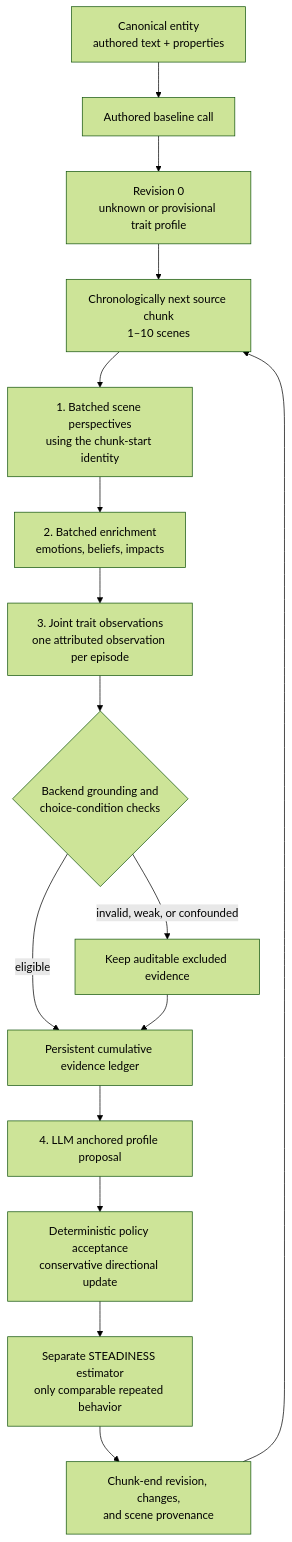
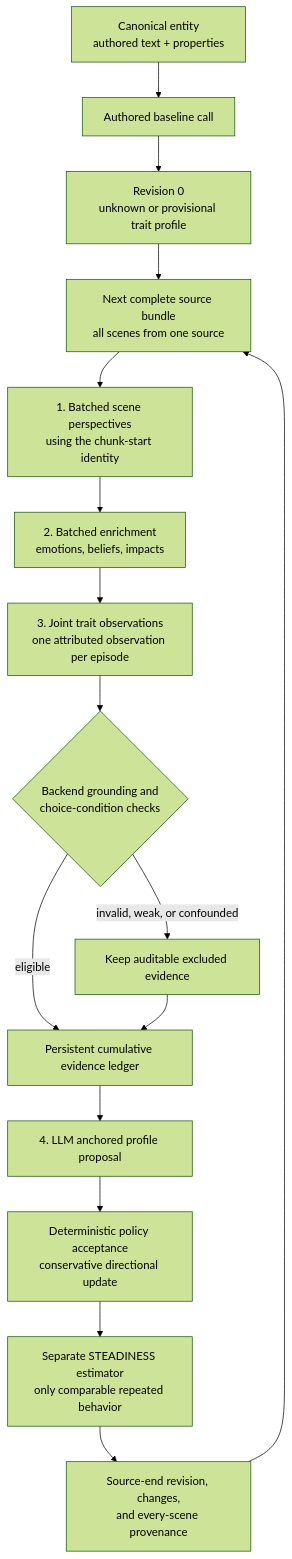
One commit to pablovin/Shrecknet changed the first of 2 diagrams in Documentation/Agents/CharacterAgent/Dispositional Traits.md. Above: the diagram before and after it, drawn with Mermaid (forest theme). The commit also changed other lines of this file and 15 other files, not shown here.

Commit message:
fix: update the bundle scene discovery on the character agent

````diff
--- a/Documentation/Agents/CharacterAgent/Dispositional Traits.md
+++ b/Documentation/Agents/CharacterAgent/Dispositional Traits.md
@@ -126,18 +129,18 @@
 ```mermaid
 flowchart TD
     A[Canonical entity\nauthored text + properties] --> B[Authored baseline call]
     B --> C[Revision 0\nunknown or provisional trait profile]
-    C --> D[Chronologically next source chunk\n1–10 scenes]
+    C --> D[Next complete source bundle\nall scenes from one source]
     D --> E[1. Batched scene perspectives\nusing the chunk-start identity]
     E --> F[2. Batched enrichment\nemotions, beliefs, impacts]
     F --> G[3. Joint trait observations\none attributed observation per episode]
     G --> H{Backend grounding and\nchoice-condition checks}
     H -->|invalid, weak, or confounded| I[Keep auditable excluded evidence]
     H -->|eligible| J[Persistent cumulative evidence ledger]
     I --> J
     J --> K[4. LLM anchored profile proposal]
     K --> L[Deterministic policy acceptance\nconservative directional update]
     L --> M[Separate STEADINESS estimator\nonly comparable repeated behavior]
-    M --> N[Chunk-end revision, changes,\nand scene provenance]
+    M --> N[Source-end revision, changes,\nand every-scene provenance]
     N --> D
 ```
````
